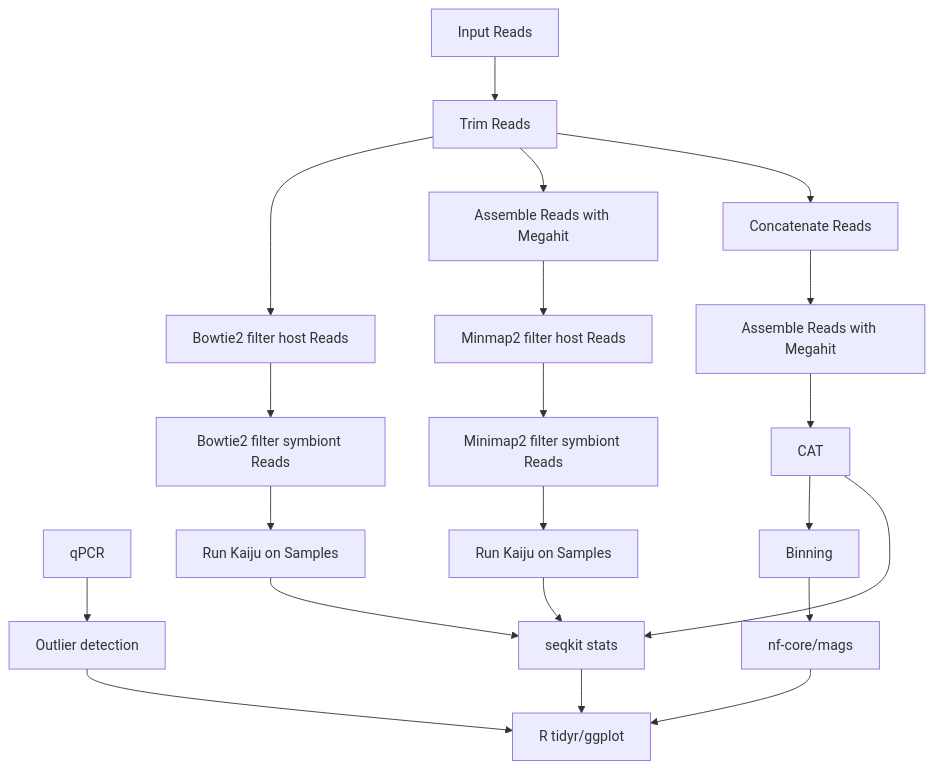
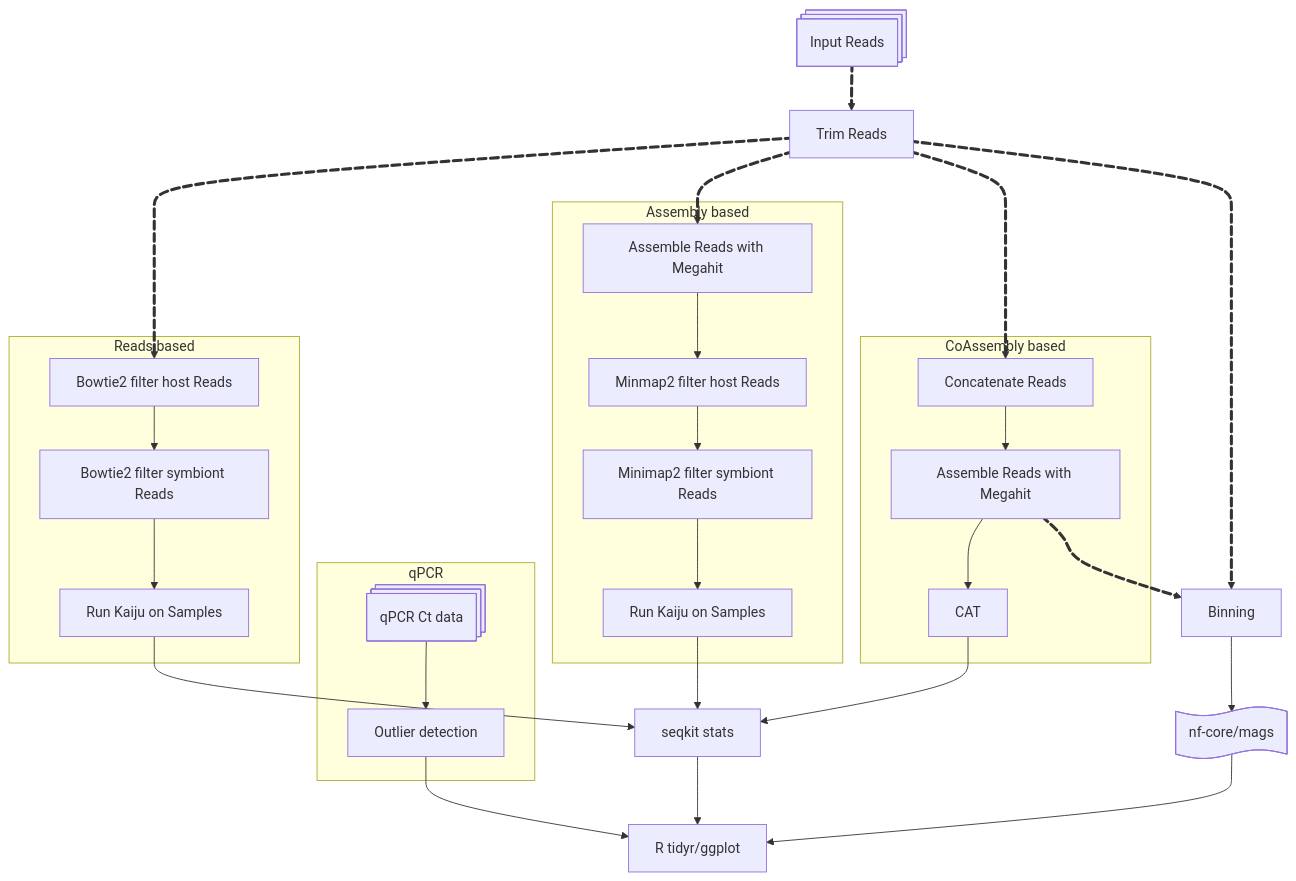
Before and after one commit to ColinL1/metaG_EukDepletion: the diagram in README.md, drawn with Mermaid.

````diff
--- a/README.md
+++ b/README.md
@@ -7,30 +7,47 @@
 ```mermaid
 
 flowchart TD
+  subgraph qPCR
+  Q@{ shape: procs, label: "qPCR Ct data"} 
+  Q --> R[Outlier detection]
+  end
+  R -->  P
+  
+  A@{ shape: procs, label: "Input Reads"} 
+  A e1@==> B[Trim Reads]
+  e1@{ animate: true }
+  B e2@==> C[Bowtie2 filter host Reads]
+  subgraph Reads based 
+  e2@{ animate: true }
 
-  Q[qPCR] --> R[Outlier detection]
-  R -->  P
-
-  A[Input Reads] --> B[Trim Reads]
-  B --> C[Bowtie2 filter host Reads]
   C --> D[Bowtie2 filter symbiont Reads]
   D --> E[Run Kaiju on Samples]
-
-  B --> F[Assemble Reads with Megahit]
+  end
+  B e3@==> F[Assemble Reads with Megahit]
+  e3@{ animate: true }
+  subgraph Assembly based 
   F --> G[Minmap2 filter host Reads]
   G --> H[Minimap2 filter symbiont Reads]
   H --> J[Run Kaiju on Samples]
-
-  B --> K[Concatenate Reads]
+  end
+  B e4@==> K[Concatenate Reads]
+  e4@{ animate: true }
+  subgraph CoAssembly based 
   K --> L[Assemble Reads with Megahit]
   L --> M[CAT]
-  M --> N[Binning] 
-  N --> O[nf-core/mags]
+  end
+  L e5@==> N[Binning] 
+  e5@{ animate: true }
+  B e6@==> N[Binning] 
+  e6@{ animate: true }
+  
+  O@{ shape: paper-tape, label: "nf-core/mags"} 
+  N --> O
   S --> P[R tidyr/ggplot]
 
   M --> S[seqkit stats]
   E --> S
   J --> S
 
   O --> P
 ```
````
